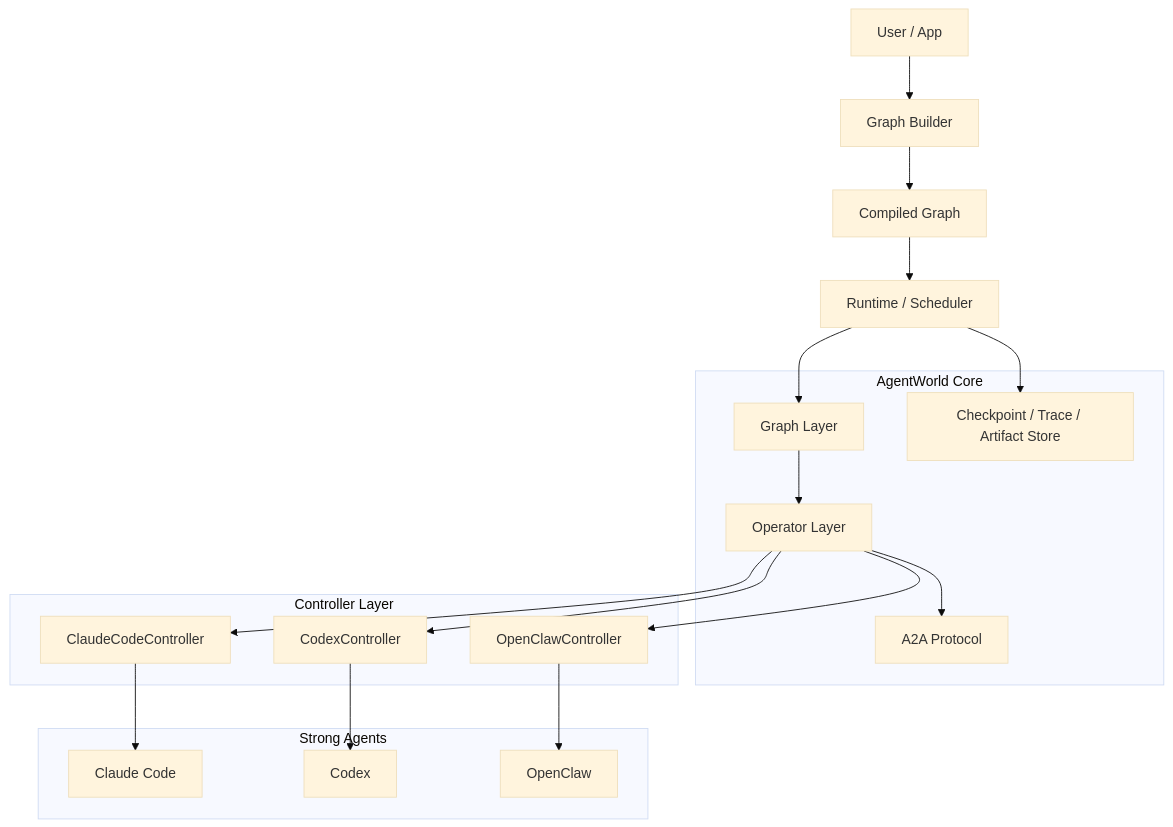
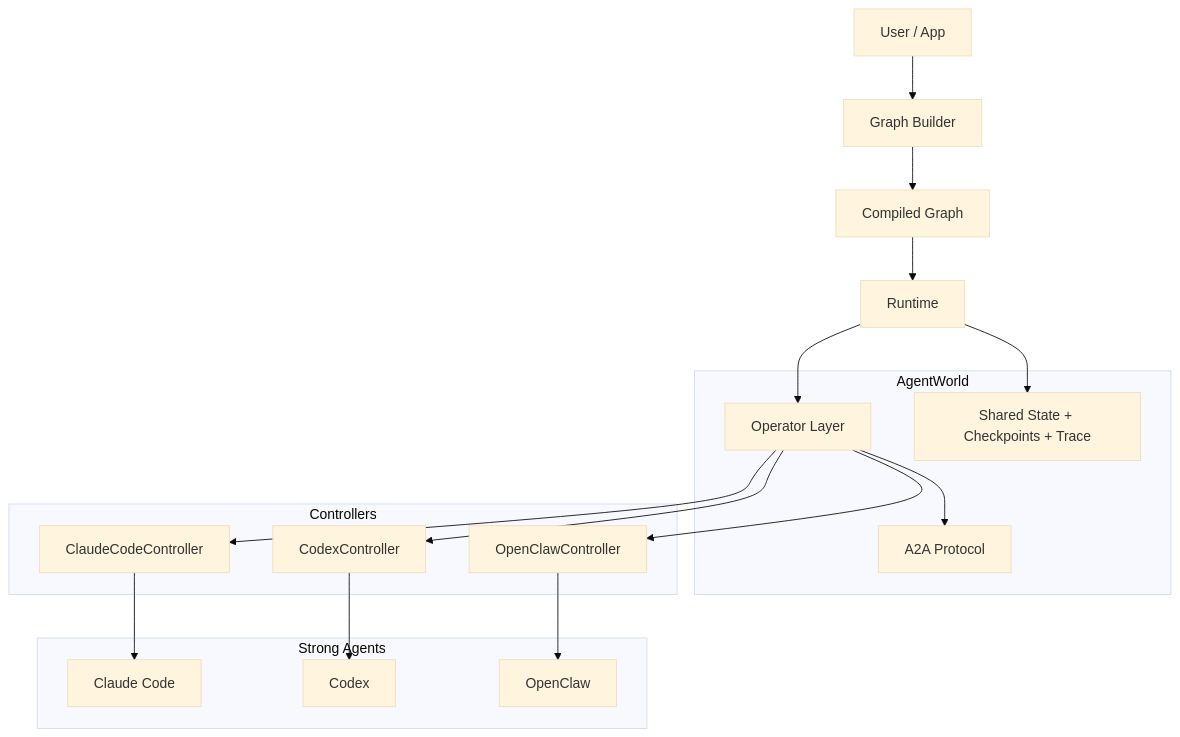
The diagram in README.md (ScienceIntelligence/AgentWorld), drawn with Mermaid (base theme) before and after one commit. The commit also changed other lines of this file and 4 other files, not shown here.

````diff
--- a/README.md
+++ b/README.md
@@ -131,40 +40,33 @@
 ```mermaid
 flowchart TB
-    USER["User / App"]
-    BUILDER["Graph Builder"]
-    COMPILED["Compiled Graph"]
-    RUNTIME["Runtime / Scheduler"]
+    U["User / App"]
+    B["Graph Builder"]
+    G["Compiled Graph"]
+    R["Runtime"]
 
-    subgraph CORE["AgentWorld Core"]
-        GRAPH["Graph Layer"]
-        OP["Operator Layer"]
-        A2A["A2A Protocol"]
-        STORE["Checkpoint / Trace / Artifact Store"]
+    subgraph AW["AgentWorld"]
+        O["Operator Layer"]
+        P["A2A Protocol"]
+        S["Shared State + Checkpoints + Trace"]
     end
 
-    subgraph CTRL["Controller Layer"]
+    subgraph C["Controllers"]
         C1["ClaudeCodeController"]
         C2["CodexController"]
         C3["OpenClawController"]
     end
 
-    subgraph AGENTS["Strong Agents"]
+    subgraph A["Strong Agents"]
         A1["Claude Code"]
         A2["Codex"]
         A3["OpenClaw"]
     end
 
-    USER --> BUILDER --> COMPILED --> RUNTIME
-    RUNTIME --> GRAPH
-    GRAPH --> OP
-    OP --> A2A
-    RUNTIME --> STORE
-
-    OP --> C1
-    OP --> C2
-    OP --> C3
-
-    C1 --> A1
-    C2 --> A2
-    C3 --> A3
+    U --> B --> G --> R
+    R --> O
+    O --> P
+    R --> S
+    O --> C1 --> A1
+    O --> C2 --> A2
+    O --> C3 --> A3
 ```
````
